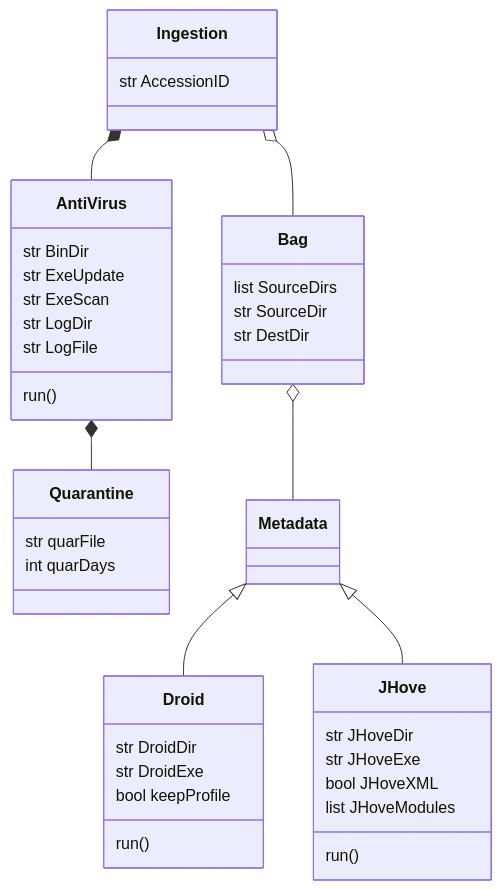
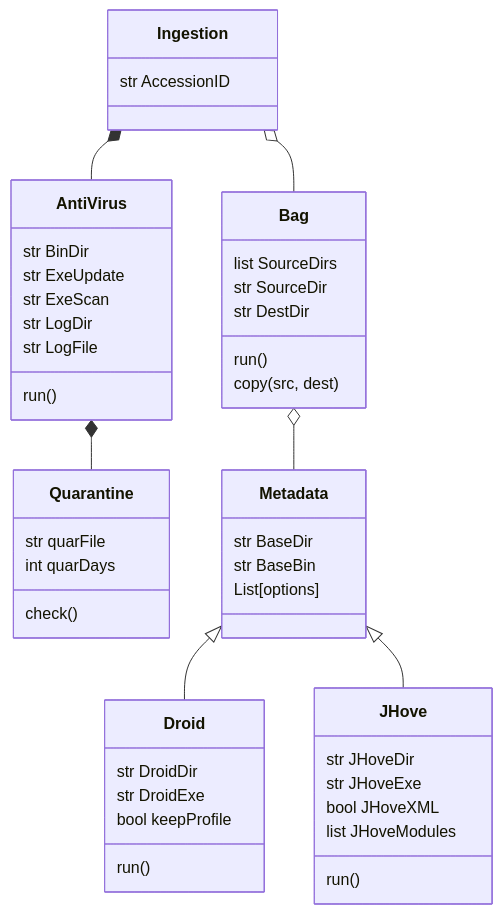
Before and after one commit to kaust-library/clamdock: the second of 2 diagrams in README.md, drawn with Mermaid.

Commit message:
Added methods

````diff
--- a/README.md
+++ b/README.md
@@ -19,44 +19,50 @@
 ```mermaid
 classDiagram
     Ingestion *-- AntiVirus
     Ingestion o-- Bag
     AntiVirus *-- Quarantine
     Bag o-- Metadata
     Metadata <|-- Droid
     Metadata <|-- JHove
 
     class Ingestion
     Ingestion: str AccessionID
 
     class AntiVirus
     AntiVirus: str BinDir
     AntiVirus: str ExeUpdate
     AntiVirus: str ExeScan
     AntiVirus: str LogDir
     AntiVirus: str LogFile
     AntiVirus: run()
 
     class Quarantine
     Quarantine: str quarFile
     Quarantine: int quarDays
+    Quarantine: check()
 
     class Bag
     Bag: list SourceDirs
     Bag: str SourceDir
     Bag: str DestDir
+    Bag: run()
+    Bag: copy(src, dest)
 
     class Metadata
+    Metadata: str BaseDir
+    Metadata: str BaseBin
+    Metadata: List[options]
 
     class Droid
     Droid: str DroidDir
     Droid: str DroidExe
     Droid: bool keepProfile
     Droid: run()
 
     class JHove
     JHove: str JHoveDir
     JHove: str JHoveExe
     JHove: bool JHoveXML
     JHove: list JHoveModules
     JHove: run()
 ```
````
